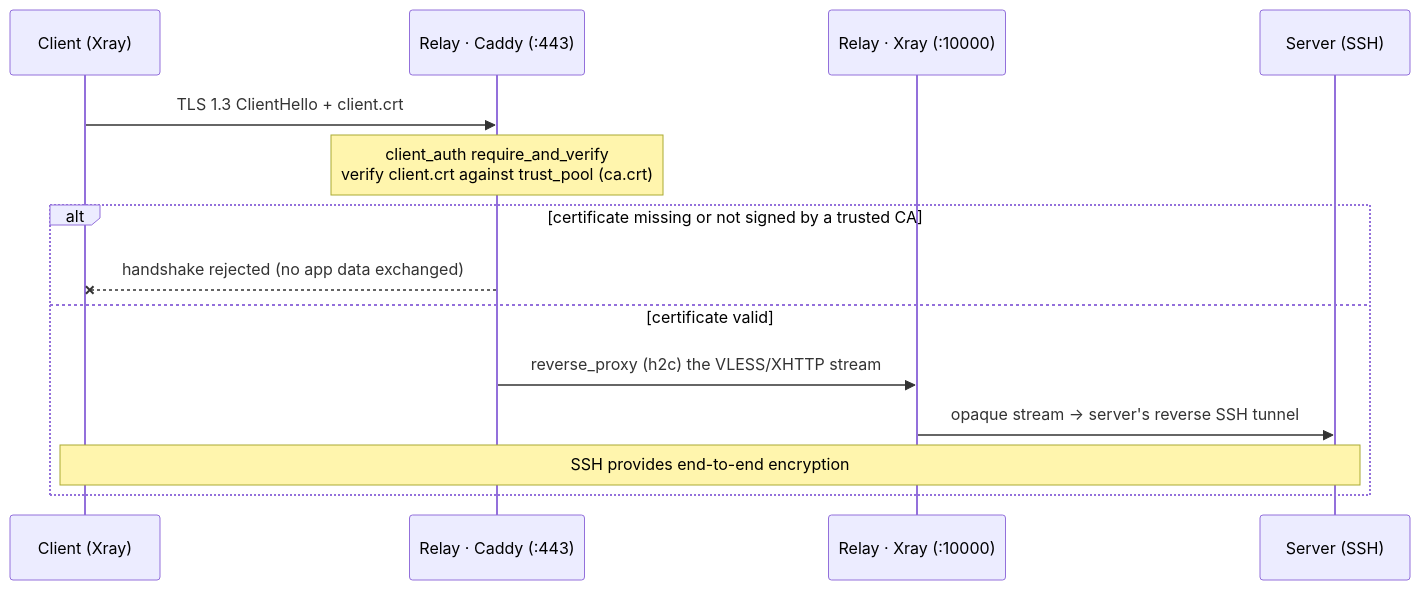
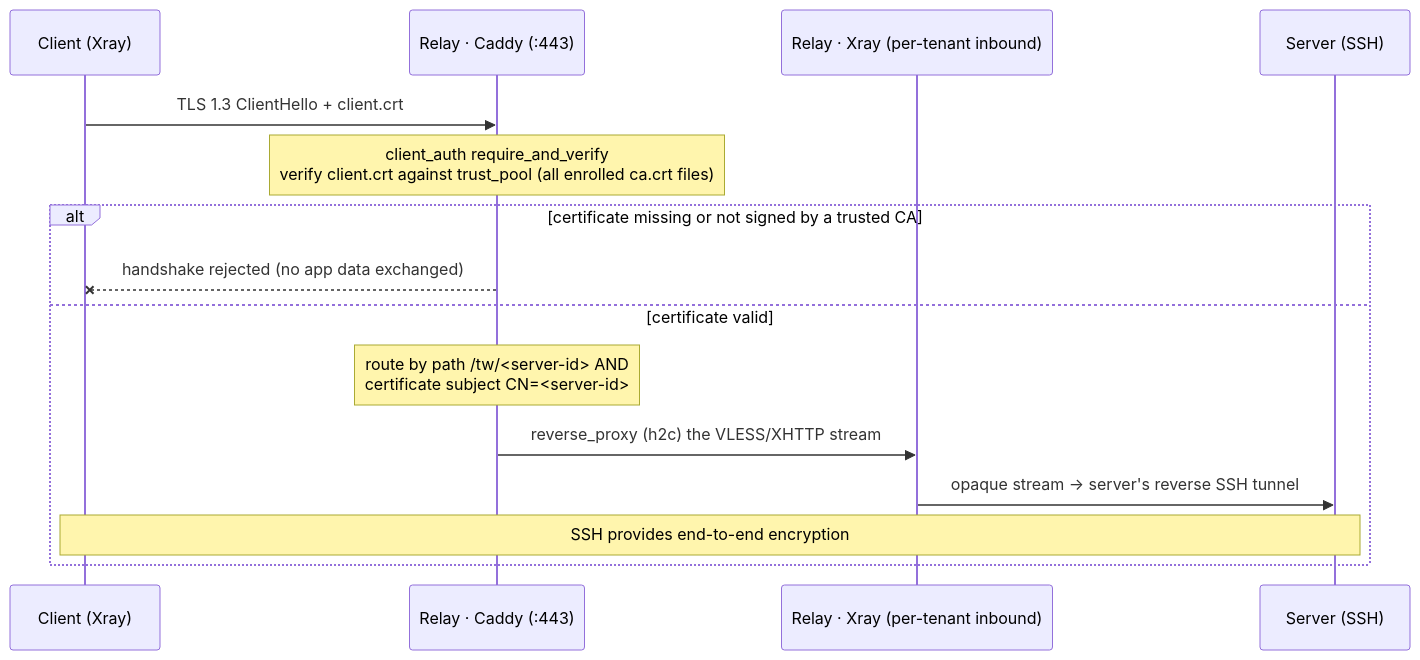
The diagram in docs/security/relay-authentication.md (Tunnel-Whisperer/Tunnel-Whisperer), drawn with Mermaid before and after one commit. The commit also changed other lines of this file and 45 other files, not shown here.

````diff
--- a/docs/security/relay-authentication.md
+++ b/docs/security/relay-authentication.md
@@ -67,17 +73,18 @@
 ```mermaid
 sequenceDiagram
     participant C as Client (Xray)
     participant Caddy as Relay · Caddy (:443)
-    participant X as Relay · Xray (:10000)
+    participant X as Relay · Xray (per-tenant inbound)
     participant S as Server (SSH)
 
     C->>Caddy: TLS 1.3 ClientHello + client.crt
-    Note over Caddy: client_auth require_and_verify<br/>verify client.crt against trust_pool (ca.crt)
+    Note over Caddy: client_auth require_and_verify<br/>verify client.crt against trust_pool (all enrolled ca.crt files)
     alt certificate missing or not signed by a trusted CA
         Caddy--xC: handshake rejected (no app data exchanged)
     else certificate valid
+        Note over Caddy: route by path /tw/<server-id> AND<br/>certificate subject CN=<server-id>
         Caddy->>X: reverse_proxy (h2c) the VLESS/XHTTP stream
         X->>S: opaque stream → server's reverse SSH tunnel
         Note over C,S: SSH provides end-to-end encryption
     end
 ```
````
